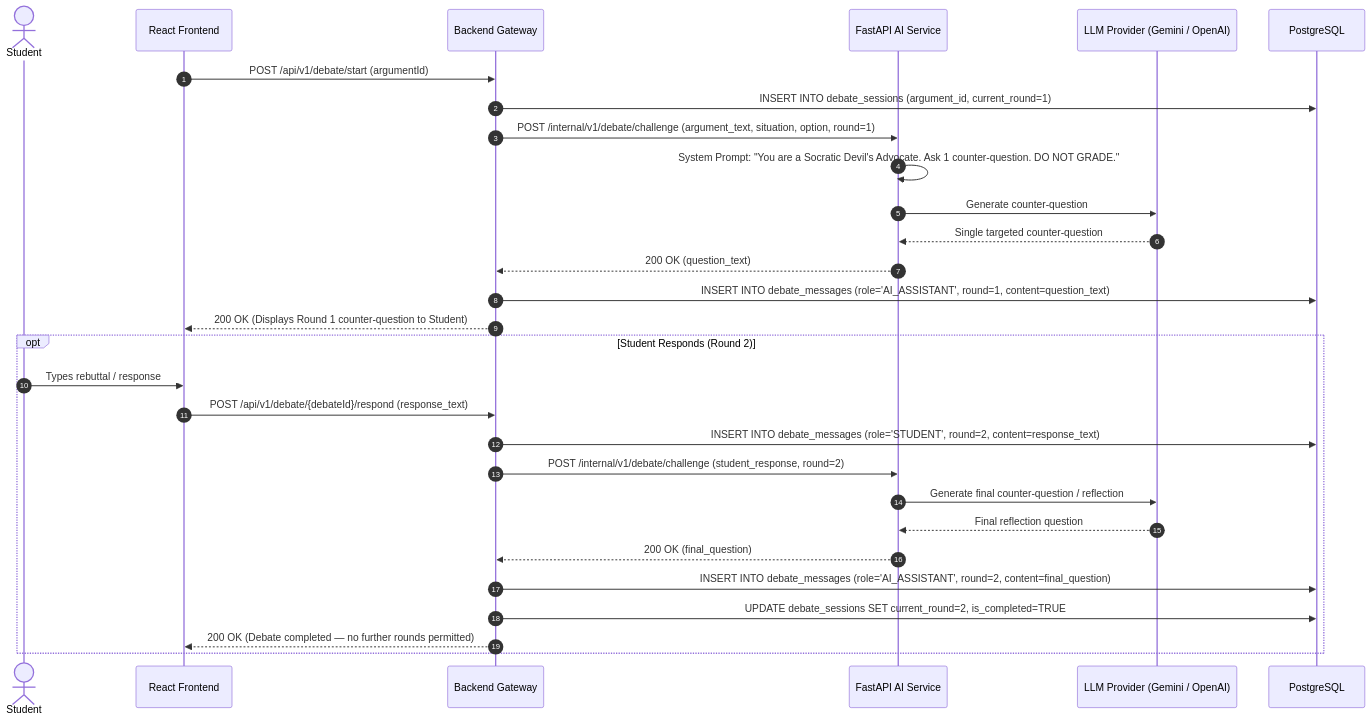
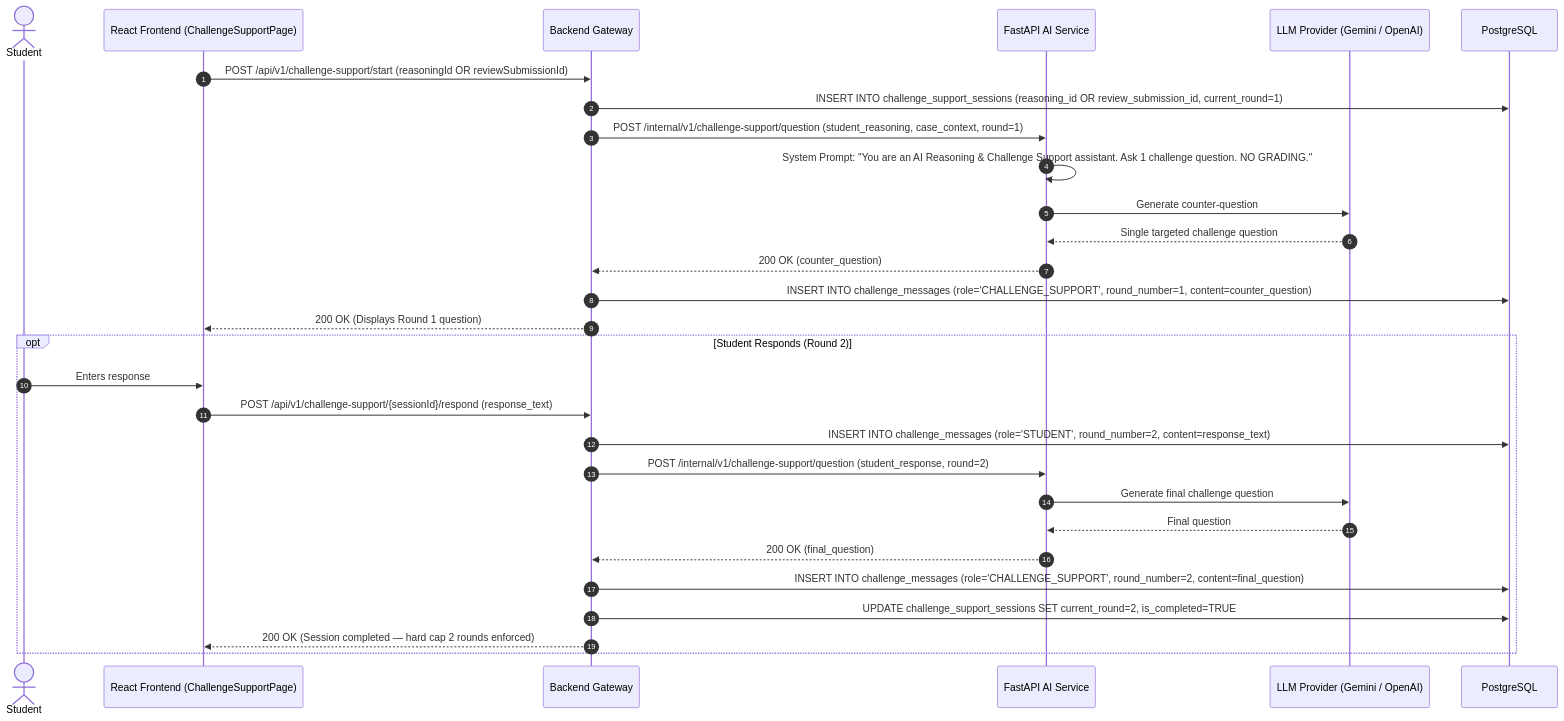
One commit to HoangNam2464/CaseTree-AI changed the sixth of 7 diagrams in docs/architecture/DATA-FLOW.md. Above: the diagram before and after it, drawn with Mermaid. The commit also changed other lines of this file and 16 other files, not shown here.

Commit message:
docs(docs): update architecture, feature specs, and traceability for Proposal V1.1

````diff
--- a/docs/architecture/DATA-FLOW.md
+++ b/docs/architecture/DATA-FLOW.md
@@ -124,33 +181,33 @@
 ```mermaid
 sequenceDiagram
     autonumber
     actor Student
-    participant FE as React Frontend
+    participant FE as React Frontend (ChallengeSupportPage)
     participant BE as Backend Gateway
     participant AI as FastAPI AI Service
     participant LLM as LLM Provider (Gemini / OpenAI)
     participant DB as PostgreSQL
 
-    FE->>BE: POST /api/v1/debate/start (argumentId)
-    BE->>DB: INSERT INTO debate_sessions (argument_id, current_round=1)
-    BE->>AI: POST /internal/v1/debate/challenge (argument_text, situation, option, round=1)
-    AI->>AI: System Prompt: "You are a Socratic Devil's Advocate. Ask 1 counter-question. DO NOT GRADE."
+    FE->>BE: POST /api/v1/challenge-support/start (reasoningId OR reviewSubmissionId)
+    BE->>DB: INSERT INTO challenge_support_sessions (reasoning_id OR review_submission_id, current_round=1)
+    BE->>AI: POST /internal/v1/challenge-support/question (student_reasoning, case_context, round=1)
+    AI->>AI: System Prompt: "You are an AI Reasoning & Challenge Support assistant. Ask 1 challenge question. NO GRADING."
     AI->>LLM: Generate counter-question
-    LLM-->>AI: Single targeted counter-question
-    AI-->>BE: 200 OK (question_text)
-    BE->>DB: INSERT INTO debate_messages (role='AI_ASSISTANT', round=1, content=question_text)
-    BE-->>FE: 200 OK (Displays Round 1 counter-question to Student)
+    LLM-->>AI: Single targeted challenge question
+    AI-->>BE: 200 OK (counter_question)
+    BE->>DB: INSERT INTO challenge_messages (role='CHALLENGE_SUPPORT', round_number=1, content=counter_question)
+    BE-->>FE: 200 OK (Displays Round 1 question)
     
     opt Student Responds (Round 2)
-        Student->>FE: Types rebuttal / response
-        FE->>BE: POST /api/v1/debate/{debateId}/respond (response_text)
-        BE->>DB: INSERT INTO debate_messages (role='STUDENT', round=2, content=response_text)
-        BE->>AI: POST /internal/v1/debate/challenge (student_response, round=2)
-        AI->>LLM: Generate final counter-question / reflection
-        LLM-->>AI: Final reflection question
+        Student->>FE: Enters response
+        FE->>BE: POST /api/v1/challenge-support/{sessionId}/respond (response_text)
+        BE->>DB: INSERT INTO challenge_messages (role='STUDENT', round_number=2, content=response_text)
+        BE->>AI: POST /internal/v1/challenge-support/question (student_response, round=2)
+        AI->>LLM: Generate final challenge question
+        LLM-->>AI: Final question
         AI-->>BE: 200 OK (final_question)
-        BE->>DB: INSERT INTO debate_messages (role='AI_ASSISTANT', round=2, content=final_question)
-        BE->>DB: UPDATE debate_sessions SET current_round=2, is_completed=TRUE
-        BE-->>FE: 200 OK (Debate completed — no further rounds permitted)
+        BE->>DB: INSERT INTO challenge_messages (role='CHALLENGE_SUPPORT', round_number=2, content=final_question)
+        BE->>DB: UPDATE challenge_support_sessions SET current_round=2, is_completed=TRUE
+        BE-->>FE: 200 OK (Session completed — hard cap 2 rounds enforced)
     end
 ```
````
